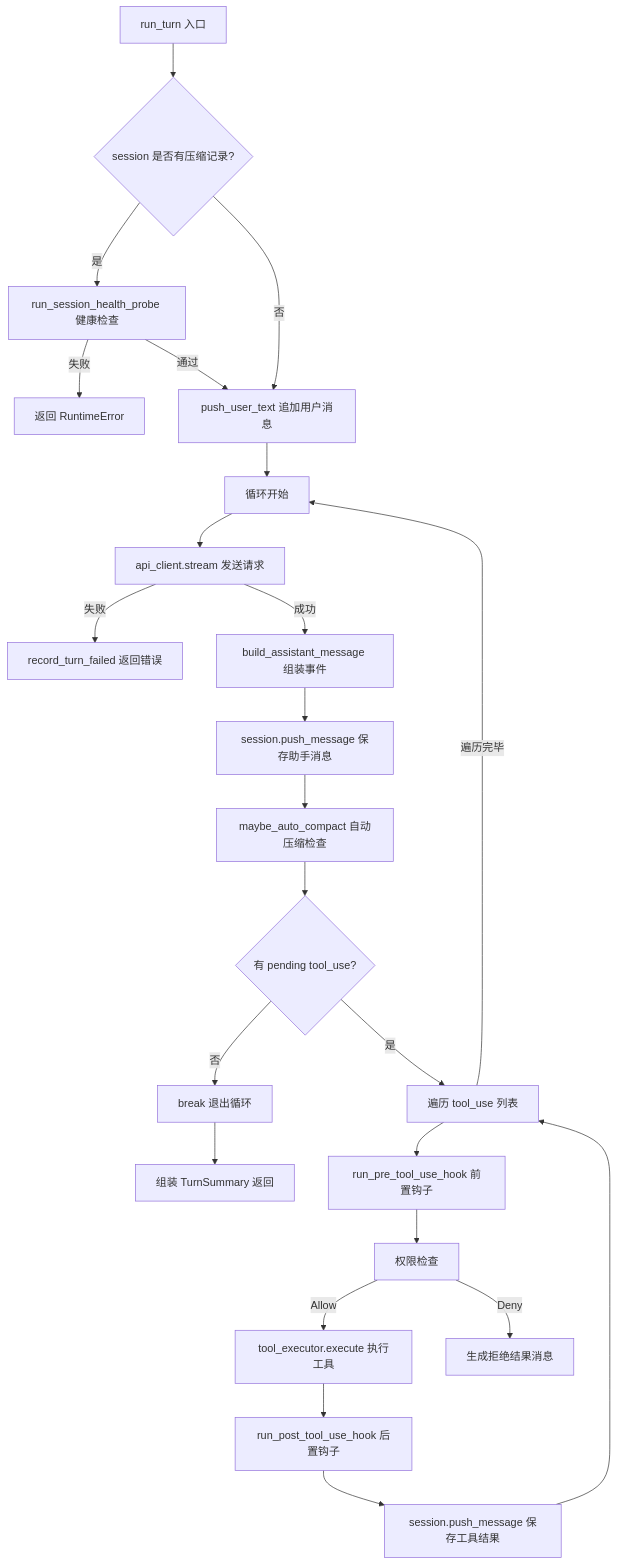
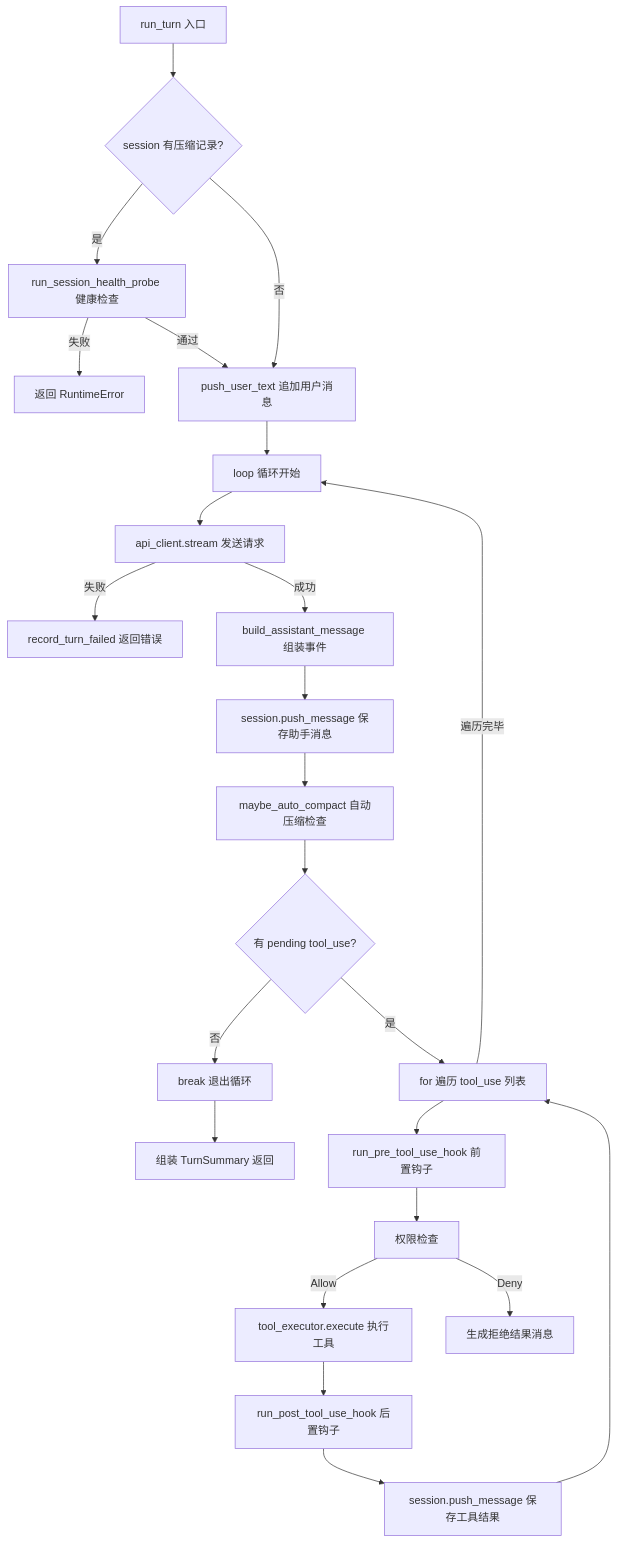
One commit to learner330/claw-code-book changed the diagram in chapter-06/turn-loop.md. Above: the diagram before and after it, drawn with Mermaid. The commit also changed other lines of this file and 7 other files, not shown here.

First line of the commit message:
重写第4-11章：添加总分总结构，每段代码块配备pre-guide和post-analysis，补充设计意图、字段含义和Java类比

````diff
--- a/chapter-06/turn-loop.md
+++ b/chapter-06/turn-loop.md
@@ -274,26 +855,26 @@
 ```mermaid
 graph TD
-    A[run_turn 入口] --> B{session 是否有压缩记录?}
-    B -->|是| C[run_session_health_probe 健康检查]
-    C -->|失败| D[返回 RuntimeError]
-    C -->|通过| E[push_user_text 追加用户消息]
+    A["run_turn 入口"] --> B{session 有压缩记录?}
+    B -->|是| C["run_session_health_probe 健康检查"]
+    C -->|失败| D["返回 RuntimeError"]
+    C -->|通过| E["push_user_text 追加用户消息"]
     B -->|否| E
-    E --> F[循环开始]
-    F --> G[api_client.stream 发送请求]
-    G -->|失败| H[record_turn_failed 返回错误]
-    G -->|成功| I[build_assistant_message 组装事件]
-    I --> J[session.push_message 保存助手消息]
-    J --> K[maybe_auto_compact 自动压缩检查]
+    E --> F["loop 循环开始"]
+    F --> G["api_client.stream 发送请求"]
+    G -->|失败| H["record_turn_failed 返回错误"]
+    G -->|成功| I["build_assistant_message 组装事件"]
+    I --> J["session.push_message 保存助手消息"]
+    J --> K["maybe_auto_compact 自动压缩检查"]
     K --> L{有 pending tool_use?}
-    L -->|否| M[break 退出循环]
-    L -->|是| N[遍历 tool_use 列表]
-    N --> O[run_pre_tool_use_hook 前置钩子]
-    O --> P[权限检查]
-    P -->|Allow| Q[tool_executor.execute 执行工具]
-    P -->|Deny| R[生成拒绝结果消息]
-    Q --> S[run_post_tool_use_hook 后置钩子]
-    S --> T[session.push_message 保存工具结果]
+    L -->|否| M["break 退出循环"]
+    L -->|是| N["for 遍历 tool_use 列表"]
+    N --> O["run_pre_tool_use_hook 前置钩子"]
+    O --> P["权限检查"]
+    P -->|Allow| Q["tool_executor.execute 执行工具"]
+    P -->|Deny| R["生成拒绝结果消息"]
+    Q --> S["run_post_tool_use_hook 后置钩子"]
+    S --> T["session.push_message 保存工具结果"]
     T --> N
     N -->|遍历完毕| F
-    M --> U[组装 TurnSummary 返回]
+    M --> U["组装 TurnSummary 返回"]
 ```
````
